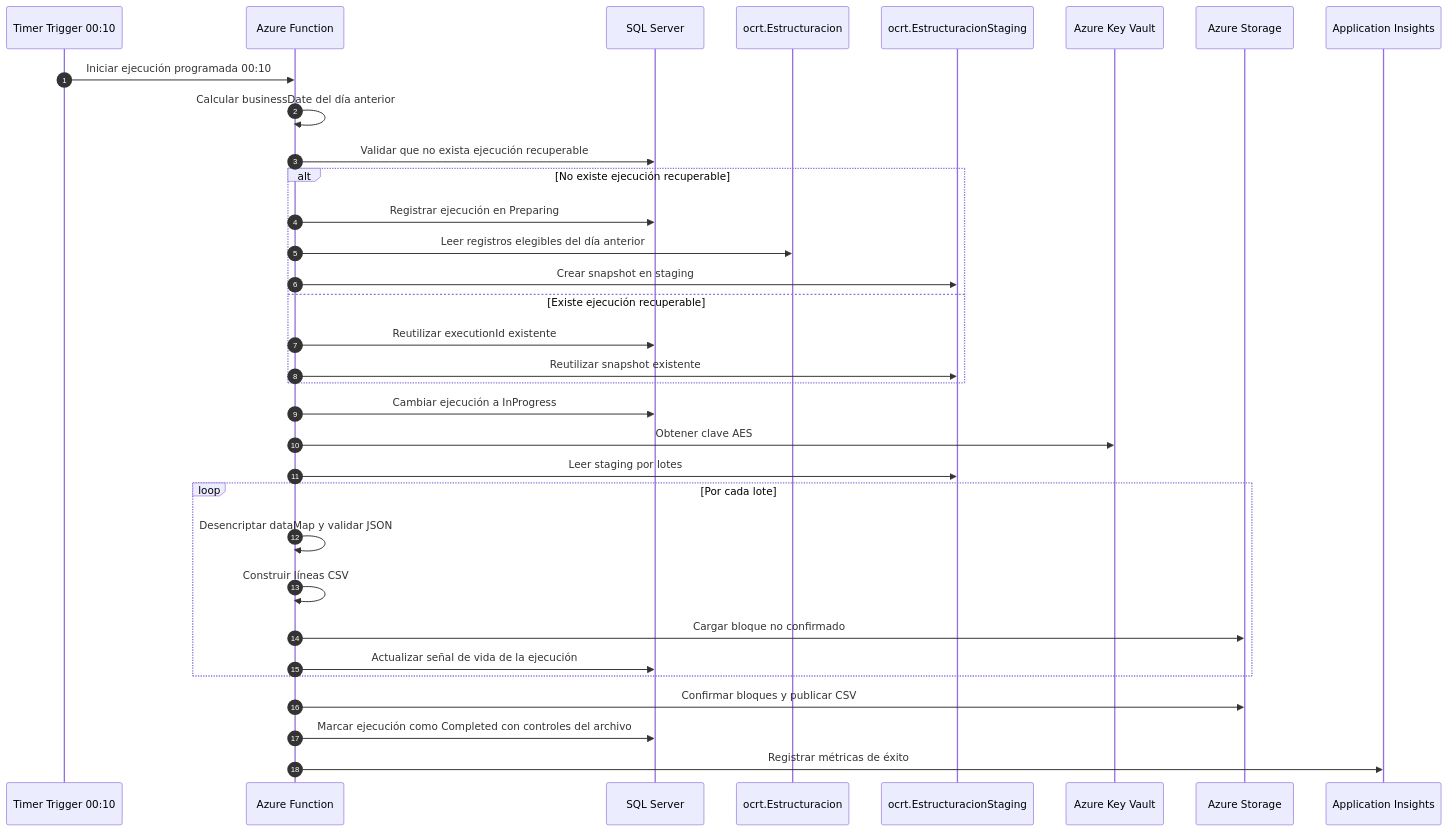
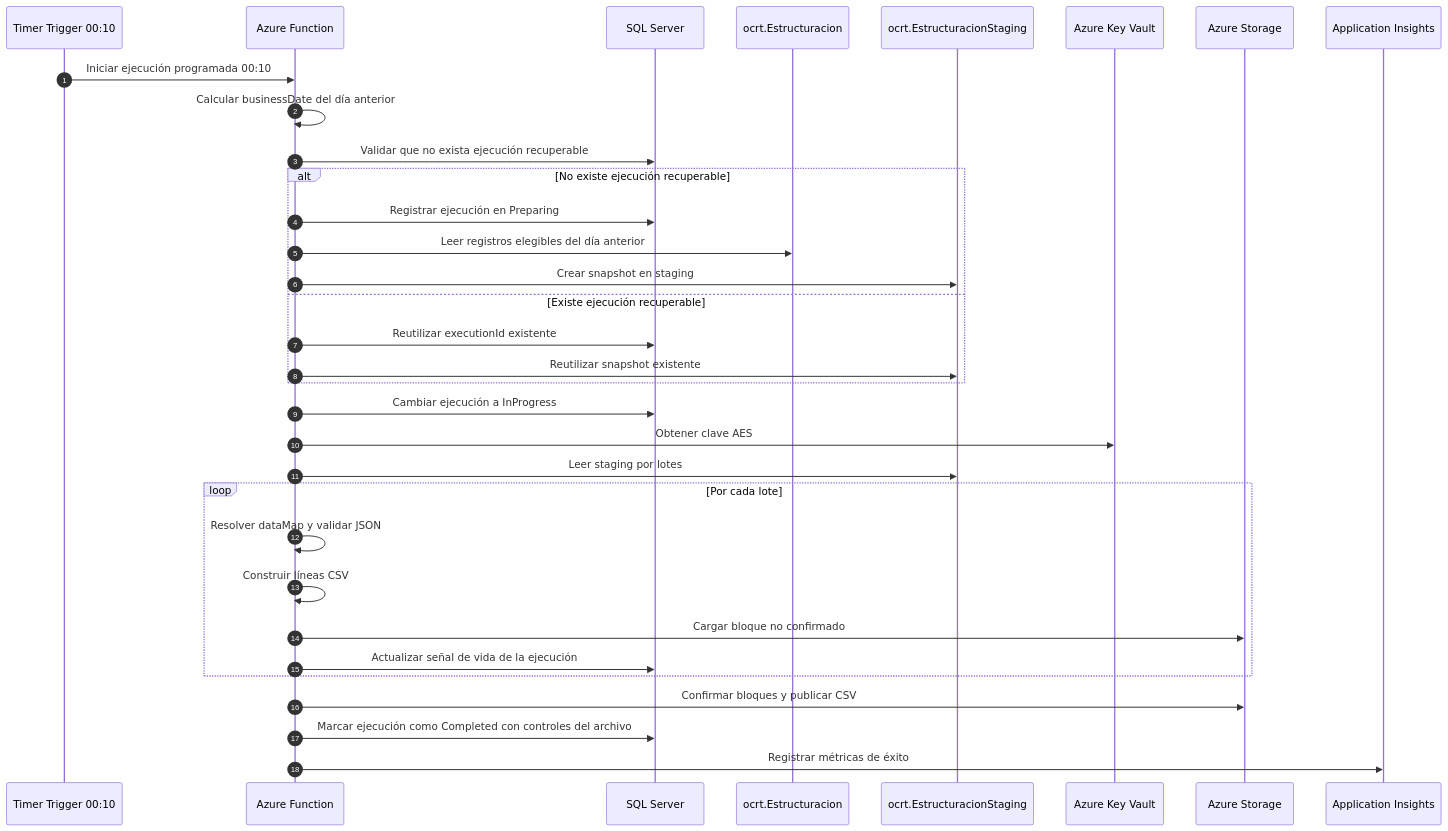
One commit to eme-dev/estructuracion-batch-function changed the third of 5 diagrams in arquitectura-generacion-archivo-plano-revisada.md. Above: the diagram before and after it, drawn with Mermaid. The commit also changed other lines of this file and 5 other files, not shown here.

Commit message:
Support transitional plain dataMap input

````diff
--- a/arquitectura-generacion-archivo-plano-revisada.md
+++ b/arquitectura-generacion-archivo-plano-revisada.md
@@ -878,38 +880,38 @@
 ```mermaid
 sequenceDiagram
     autonumber
     participant Trigger as Timer Trigger 00:10
     participant Fn as Azure Function
     participant SQL as SQL Server
     participant SRC as ocrt.Estructuracion
     participant STG as ocrt.EstructuracionStaging
     participant KV as Azure Key Vault
     participant Blob as Azure Storage
     participant AI as Application Insights
 
     Trigger->>Fn: Iniciar ejecución programada 00:10
     Fn->>Fn: Calcular businessDate del día anterior
     Fn->>SQL: Validar que no exista ejecución recuperable
     alt No existe ejecución recuperable
         Fn->>SQL: Registrar ejecución en Preparing
         Fn->>SRC: Leer registros elegibles del día anterior
         Fn->>STG: Crear snapshot en staging
     else Existe ejecución recuperable
         Fn->>SQL: Reutilizar executionId existente
         Fn->>STG: Reutilizar snapshot existente
     end
     Fn->>SQL: Cambiar ejecución a InProgress
     Fn->>KV: Obtener clave AES
     Fn->>STG: Leer staging por lotes
 
     loop Por cada lote
-        Fn->>Fn: Desencriptar dataMap y validar JSON
+        Fn->>Fn: Resolver dataMap y validar JSON
         Fn->>Fn: Construir líneas CSV
         Fn->>Blob: Cargar bloque no confirmado
         Fn->>SQL: Actualizar señal de vida de la ejecución
     end
 
     Fn->>Blob: Confirmar bloques y publicar CSV
     Fn->>SQL: Marcar ejecución como Completed con controles del archivo
     Fn->>AI: Registrar métricas de éxito
 ```
````
